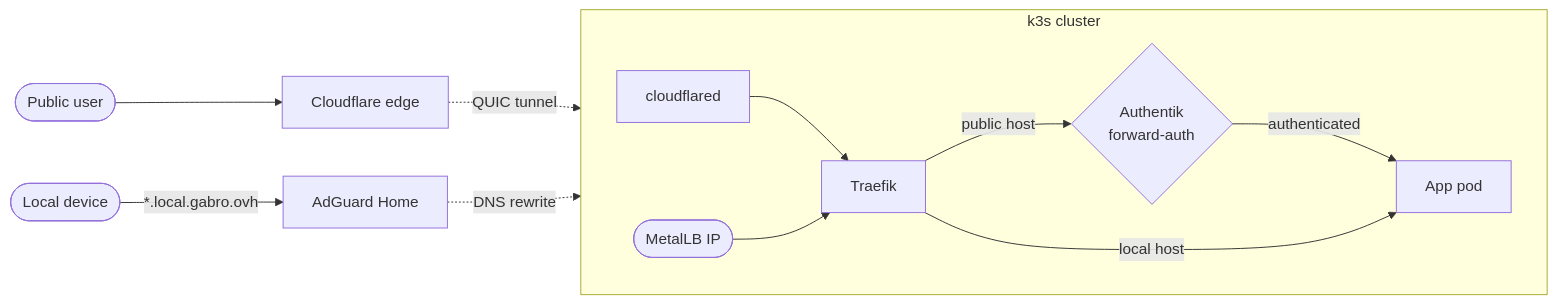
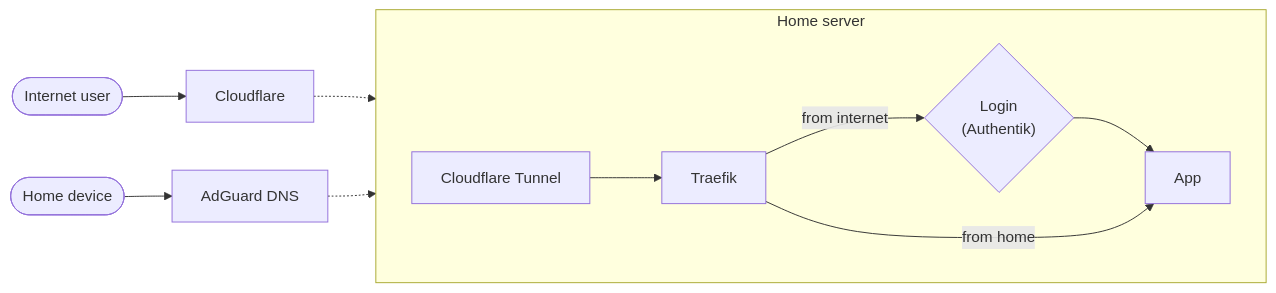
The second of 2 diagrams in README.md (gabroz42/k-homelab), drawn with Mermaid before and after one commit. The commit also changed other lines of this file and 6 other files, not shown here.

````diff
--- a/README.md
+++ b/README.md
@@ -132,16 +124,15 @@
 ```mermaid
 flowchart LR
-    subgraph cluster ["k3s cluster"]
+    subgraph cluster ["Home server"]
         direction LR
-        CFD["cloudflared"] --> TR["Traefik"]
-        LB(["MetalLB IP"]) --> TR
-        TR -- "public host" --> AK{"Authentik<br/>forward-auth"}
-        AK -- "authenticated" --> APP["App pod"]
-        TR -- "local host" --> APP
+        CFD["Cloudflare Tunnel"] --> TR["Traefik"]
+        TR -- "from internet" --> AK{"Login<br/>(Authentik)"}
+        AK --> APP["App"]
+        TR -- "from home" --> APP
     end
 
-    PU(["Public user"]) --> CFE["Cloudflare edge"]
-    CFE -. "QUIC tunnel" .-> CFD
-    LU(["Local device"]) -- "*.local.gabro.ovh" --> AG["AdGuard Home"]
-    AG -. "DNS rewrite" .-> LB
+    PU(["Internet user"]) --> CFE["Cloudflare"]
+    CFE -.-> CFD
+    LU(["Home device"]) --> AG["AdGuard DNS"]
+    AG -.-> TR
 ```
````
